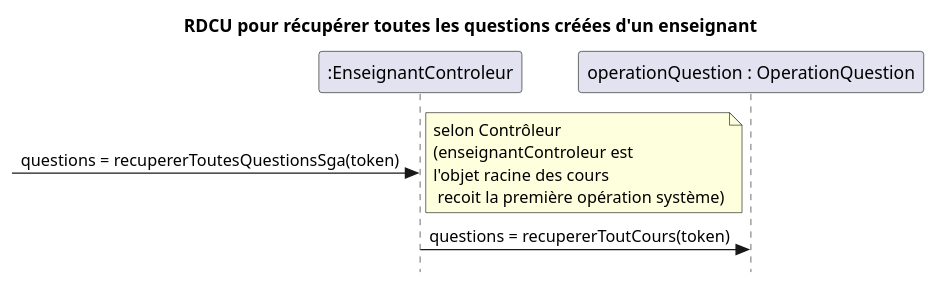
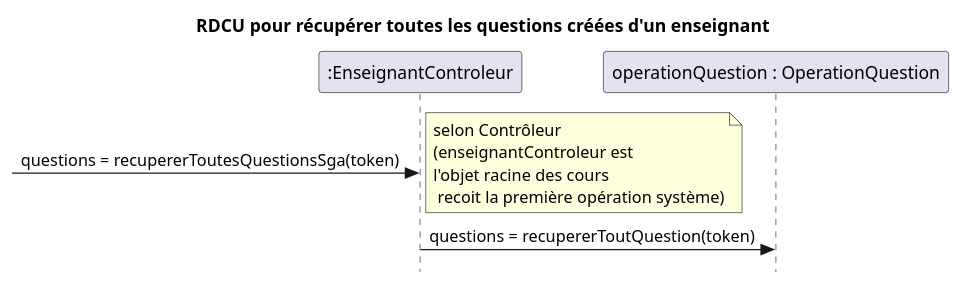
One commit to nerdz88/SGA-TS changed the first of 2 diagrams in docs/RDCU/RDCU_Recuperer_Question.puml. Above: the diagram before and after it, drawn with PlantUML. The commit also changed 12 other files, not shown here.

```diff
--- a/docs/RDCU/RDCU_Recuperer_Question.puml
+++ b/docs/RDCU/RDCU_Recuperer_Question.puml
@@ -1,11 +1,11 @@
 @startuml recupererQuestion
 skinparam style strictuml
 skinparam defaultfontname Verdana
 title RDCU pour récupérer toutes les questions créées d'un enseignant
 participant ":EnseignantControleur" as controleur
 participant "operationQuestion : OperationQuestion" as mapCours
 
 ->controleur : questions = recupererToutesQuestionsSga(token)
 note right : selon Contrôleur\n(enseignantControleur est\nl'objet racine des cours\n recoit la première opération système)
-controleur -> mapCours : questions = recupererToutCours(token)
+controleur -> mapCours : questions = recupererToutQuestion(token)
 @enduml
```
